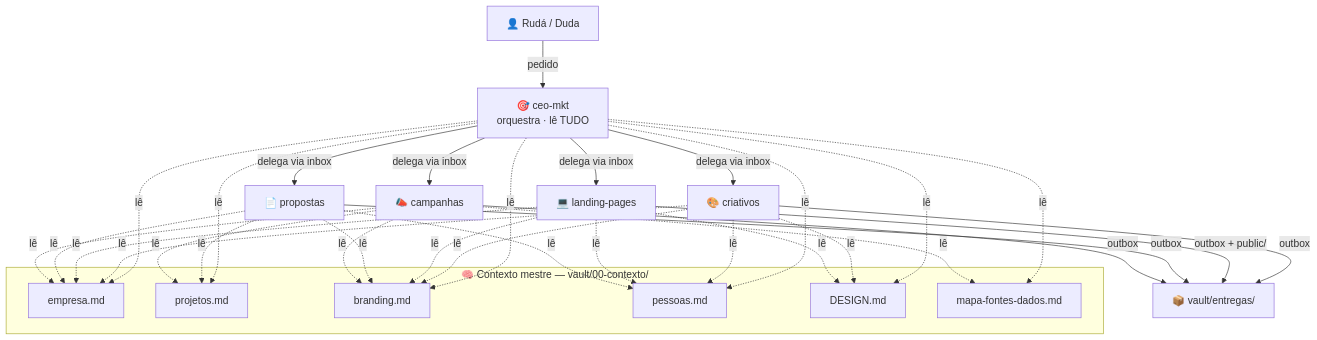
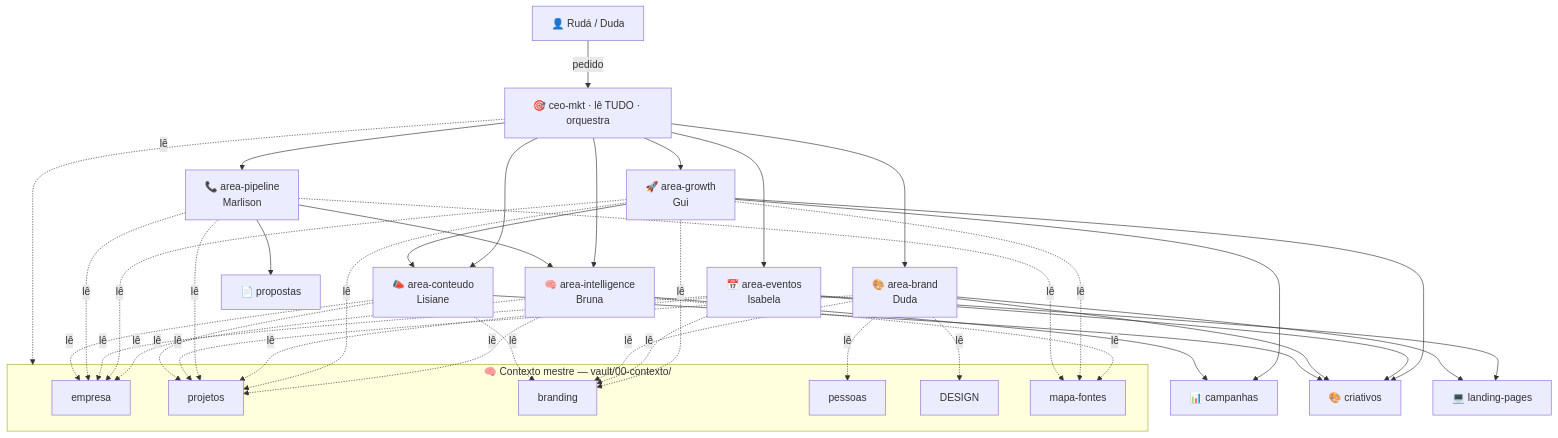
One commit to RudaCosta/epiuse-mkt-office changed the diagram in vault/agentes/_mapa-contexto.md. Above: the diagram before and after it, drawn with Mermaid. The commit also changed other lines of this file and 14 other files, not shown here.

````diff
--- a/vault/agentes/_mapa-contexto.md
+++ b/vault/agentes/_mapa-contexto.md
@@ -7,32 +7,34 @@
 ```mermaid
 graph TD
     H[👤 Rudá / Duda] -->|pedido| CEO
 
     subgraph MESTRE["🧠 Contexto mestre — vault/00-contexto/"]
-        EMP[empresa.md]
-        PRJ[projetos.md]
-        BRD[branding.md]
-        PES[pessoas.md]
-        DSG[DESIGN.md]
-        MAP[mapa-fontes-dados.md]
+        EMP[empresa]; PRJ[projetos]; BRD[branding]; PES[pessoas]; DSG[DESIGN]; MAP[mapa-fontes]
     end
 
-    CEO[🎯 ceo-mkt<br/>orquestra · lê TUDO]
+    CEO[🎯 ceo-mkt · lê TUDO · orquestra]
 
-    CEO -->|delega via inbox| CRI[🎨 criativos]
-    CEO -->|delega via inbox| LP[💻 landing-pages]
-    CEO -->|delega via inbox| PRO[📄 propostas]
-    CEO -->|delega via inbox| CAM[📣 campanhas]
+    CEO --> AI[🧠 area-intelligence<br/>Bruna]
+    CEO --> AG[🚀 area-growth<br/>Gui]
+    CEO --> AE[📅 area-eventos<br/>Isabela]
+    CEO --> AP[📞 area-pipeline<br/>Marlison]
+    CEO --> AB[🎨 area-brand<br/>Duda]
+    CEO --> AC[📣 area-conteudo<br/>Lisiane]
 
-    CEO -.lê.-> EMP & PRJ & BRD & PES & DSG & MAP
+    AG --> CAM & CRI & AC
+    AE --> CRI & LP
+    AP --> PRO & AI
+    AB --> CRI & LP
+    AC --> CRI
+    AI --> CAM
 
-    CRI -.lê.-> BRD & EMP & PES & DSG
-    LP  -.lê.-> BRD & DSG & EMP & PES
-    PRO -.lê.-> EMP & PRJ & PES & BRD
-    CAM -.lê.-> EMP & PRJ & BRD & MAP
+    CRI[🎨 criativos]; LP[💻 landing-pages]; PRO[📄 propostas]; CAM[📊 campanhas]
 
-    CRI -->|outbox| ENT[📦 vault/entregas/]
-    LP  -->|outbox + public/| ENT
-    PRO -->|outbox| ENT
-    CAM -->|outbox| ENT
+    CEO -.lê.-> MESTRE
+    AI -.lê.-> EMP & PRJ & MAP
+    AG -.lê.-> EMP & PRJ & BRD & MAP
+    AE -.lê.-> EMP & PRJ & BRD
+    AP -.lê.-> EMP & PRJ & MAP
+    AB -.lê.-> BRD & PES & DSG & PRJ
+    AC -.lê.-> BRD & EMP & PRJ
 ```
````
